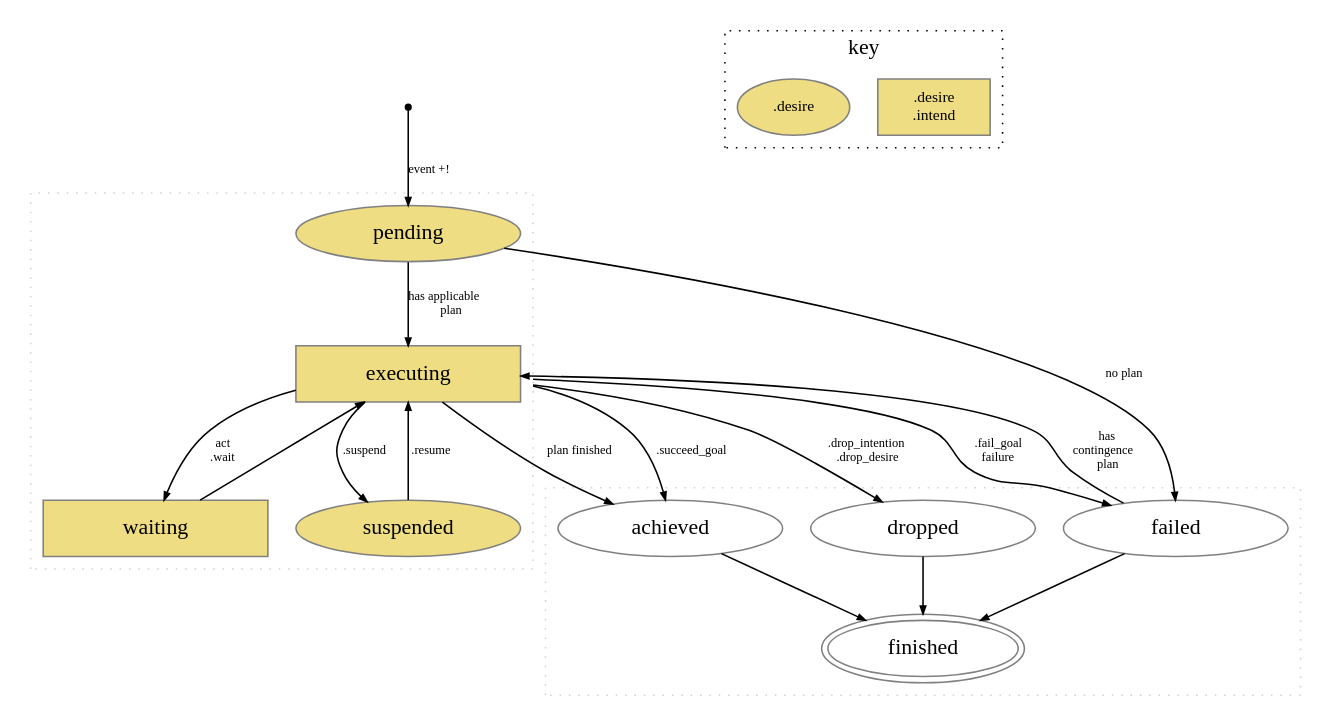
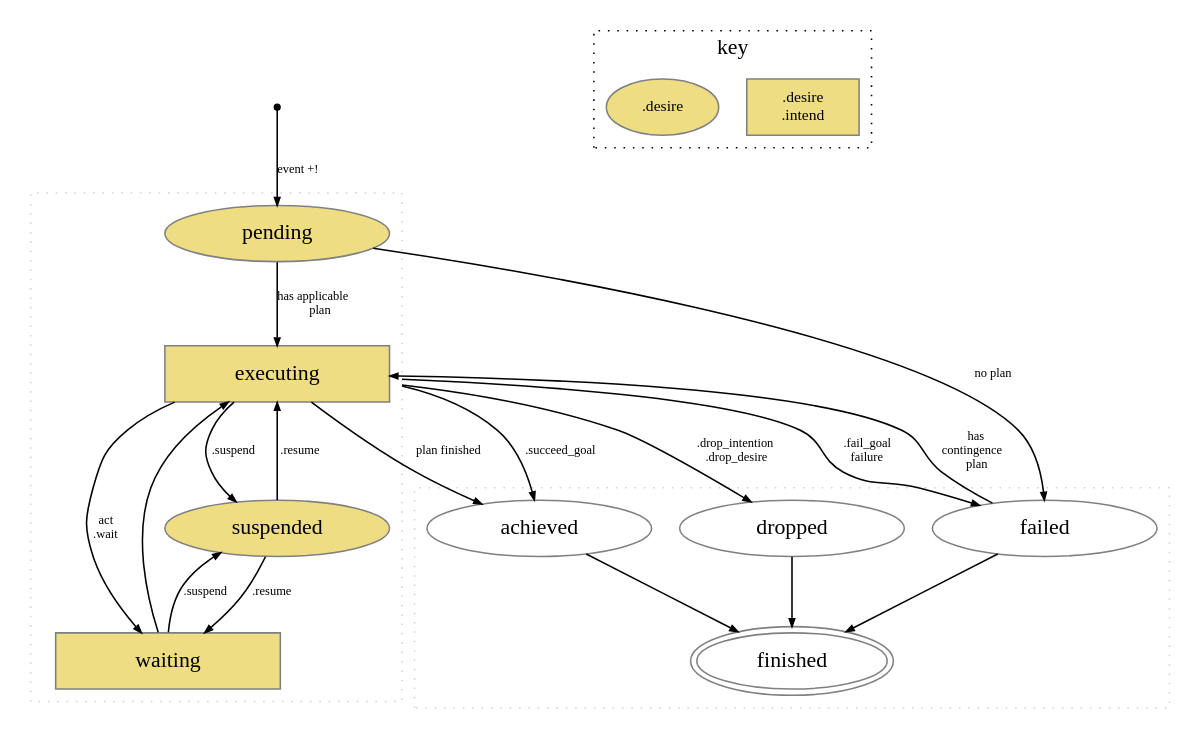
The diagram in doc/tech/goal-states.gv (jason-lang/jason), drawn with Graphviz before and after one commit. The commit also changed 5 other files, not shown here.

Commit message:
fix tests for resume, suspend and suspended

```diff
--- a/doc/tech/goal-states.gv
+++ b/doc/tech/goal-states.gv
@@ -1,65 +1,65 @@
 // dot goal-states.gv -Tpdf -o goal-states.pdf
 
 digraph goal_states {
    node [color=gray];
 
    compound=true;
 
    ENTRY[shape=point,color=black,label=""];
    //EXIT[shape=point,color=black,label=""];
 
    subgraph cluster1 {
      shape = rectangle; style=dotted; color=lightgrey;
      node [shape=oval,style=filled,color=gray, fillcolor="lightgoldenrod", fixedsize=shape,width=2];
      C [label="pending"];
 
      S [label="suspended"];
 
      node [shape=rectangle,style="filled",fillcolor="lightgoldenrod",fixedsize=shape,width=2];
   	 E [label="executing"];
   	 P [label="waiting"];
 
      C->E[label=< has applicable<br/>plan<br/>>,fontsize="8",arrowsize=0.5];
 
-     E->S[label=<.suspend>,fontsize="8",arrowsize=0.5];
-     S->E[label=<  .resume>,fontsize="8",arrowsize=0.5];
+     {E,P}->S[label=<.suspend>,fontsize="8",arrowsize=0.5];
+     S->{E,P}[label=<  .resume>,fontsize="8",arrowsize=0.5];
 
      E->P[label=<act <br/> .wait<br/>>,fontsize="8",arrowsize=0.5];
      P->E[label=<>,fontsize="8",arrowsize=0.5];
 
    }
 
    subgraph cluster2 {
      //rankdir=TB;
      //label = "finished"; fontcolor=lightgrey;
      shape = rectangle; style=dotted; color=lightgrey;
      node [shape=oval,fillcolor=white,color=gray,style=filled,fixedsize=shape,width=2];
      A [label="achieved"];
      F [label="failed"];
      D [label="dropped"];
      T [label="finished",peripheries=2,width=1.7];
    }
 
 	 ENTRY->C[label=< event +!>,fontsize="8",arrowsize=0.5];
 
    C->F[label=< no plan<br/>>,fontsize="8",arrowsize=0.5];
 
    E->A[label=<plan finished>,fontsize="8",arrowsize=0.5];
    E->D[label=<.drop_intention <br/> .drop_desire>,fontsize="8",arrowsize=0.5,ltail=cluster1];
 
    E -> F [label=<.fail_goal <br/> failure>,fontsize="8",arrowsize=0.5,ltail=cluster1];
    E -> A [label=<.succeed_goal>,fontsize="8",arrowsize=0.5,ltail=cluster1];
 
    F -> E [label=< has<br/>contingence<br/>plan>,fontsize="8",arrowsize=0.5];
 
    {A,F,D} -> T [arrowsize=0.5];
 
    subgraph cluster0 {
       label = "key";
       rankdir=LR; shape = rectangle; style=dotted;
       //key4 [label=< <i>^meta event</i> >, shape=plaintext,fontsize="10",];
       key2 [label=".desire\n.intend",shape=rectangle,style=filled,fontsize="10", fillcolor=lightgoldenrod,fixedsize=shape,width=1];
       key1 [label=".desire",   shape=oval,     style=filled,fontsize="10", fillcolor=lightgoldenrod,fixedsize=shape,width=1];
       //key3 [label="finished", shape=oval,     style=filled,fontsize="10", fillcolor=lightgrey,fixedsize=shape,width=1];
    }
 }
```
